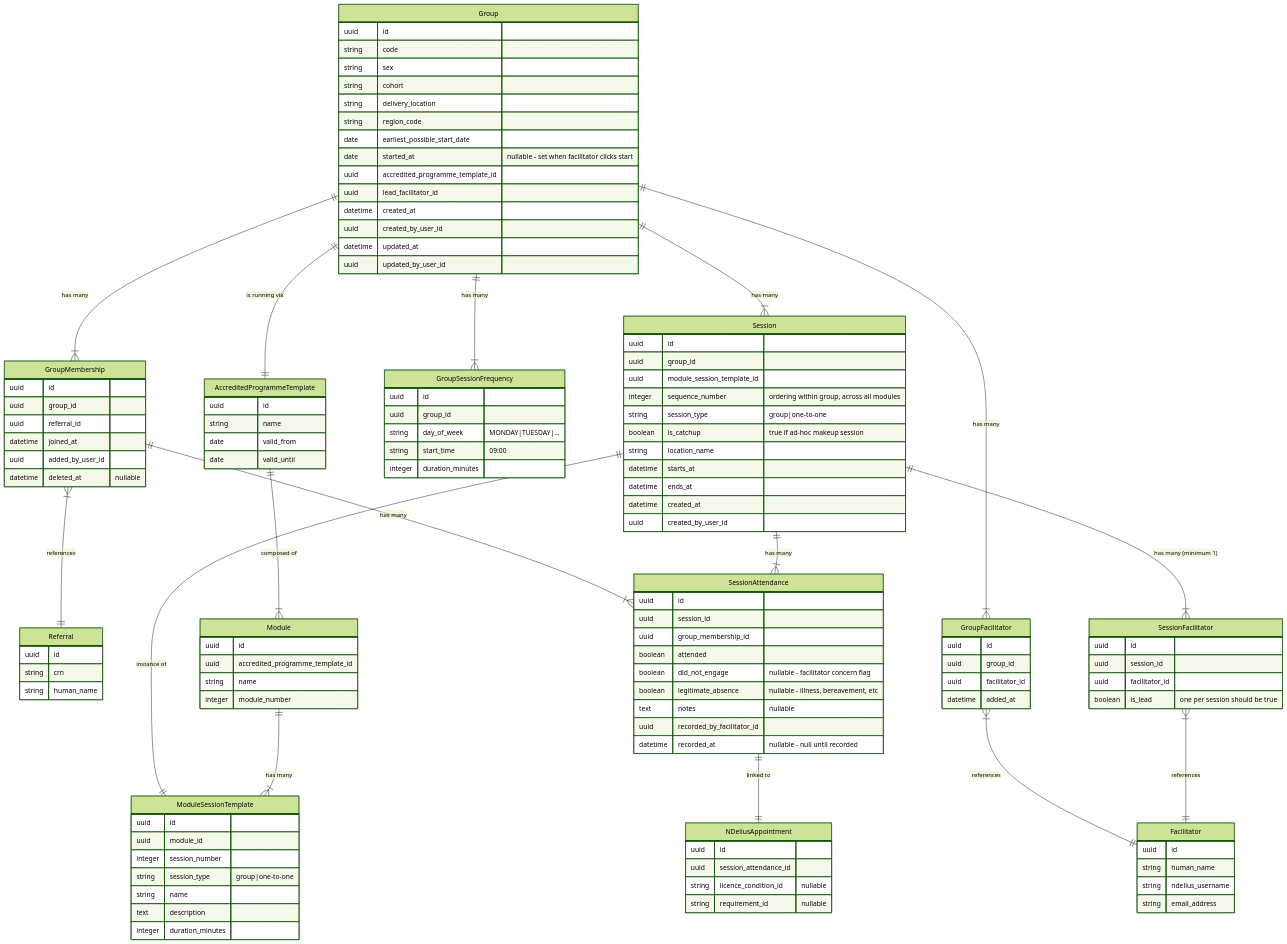
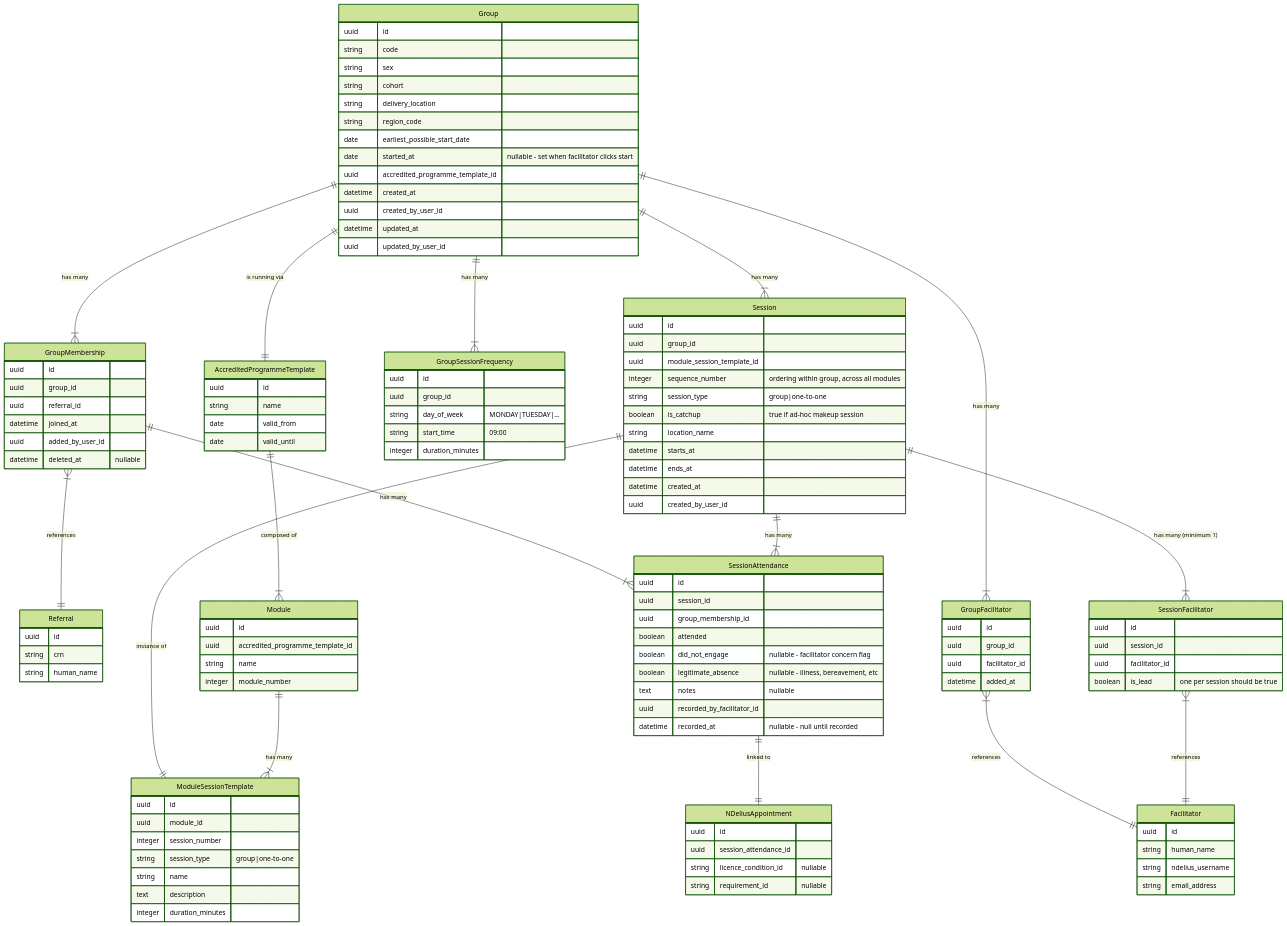
Before and after one commit to ministryofjustice/hmpps-accredited-programmes-manage-and-deliver-api: the diagram in docs/2025-10-programme-template.md, drawn with Mermaid (forest theme). The commit also changed 8 other files, not shown here.

Commit message:
[APG-1870] remove lead facilitator type

```diff
--- a/docs/2025-10-programme-template.md
+++ b/docs/2025-10-programme-template.md
@@ -129,7 +129,6 @@
         date earliest_possible_start_date
         date started_at "nullable - set when facilitator clicks start"
         uuid accredited_programme_template_id
-        uuid lead_facilitator_id
         datetime created_at 
         uuid created_by_user_id
         datetime updated_at
```
